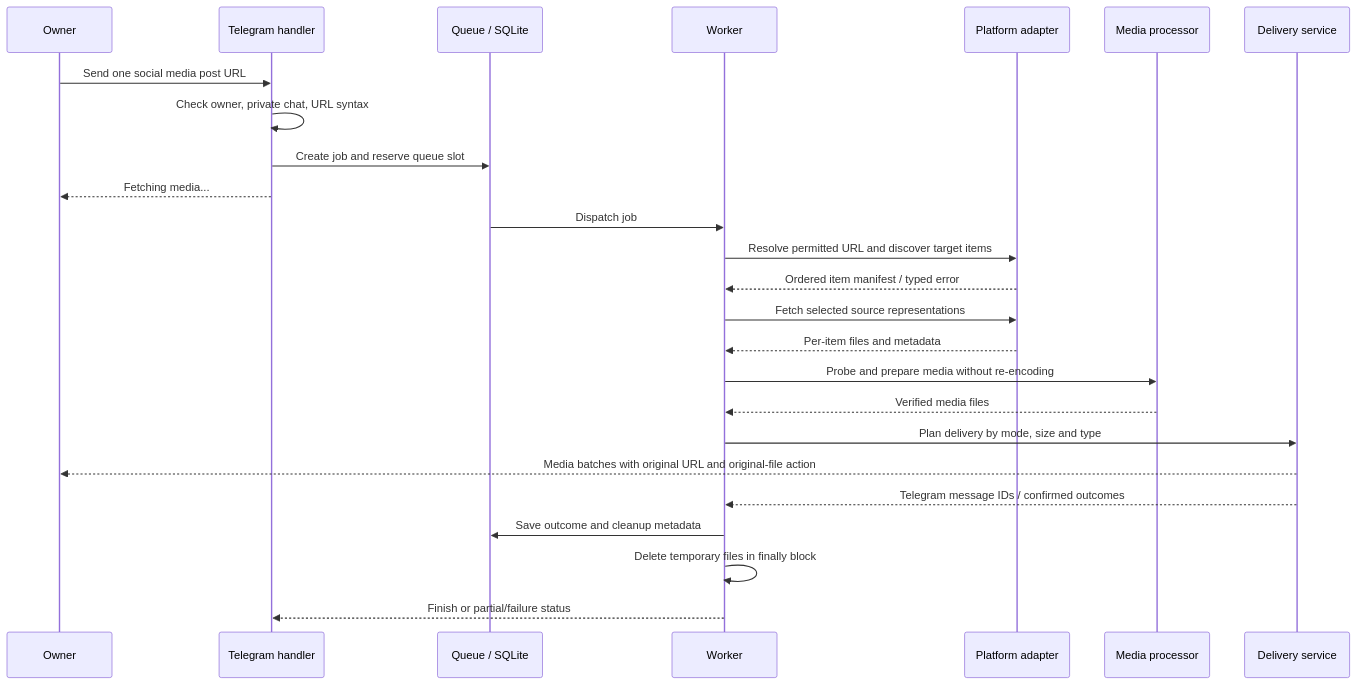
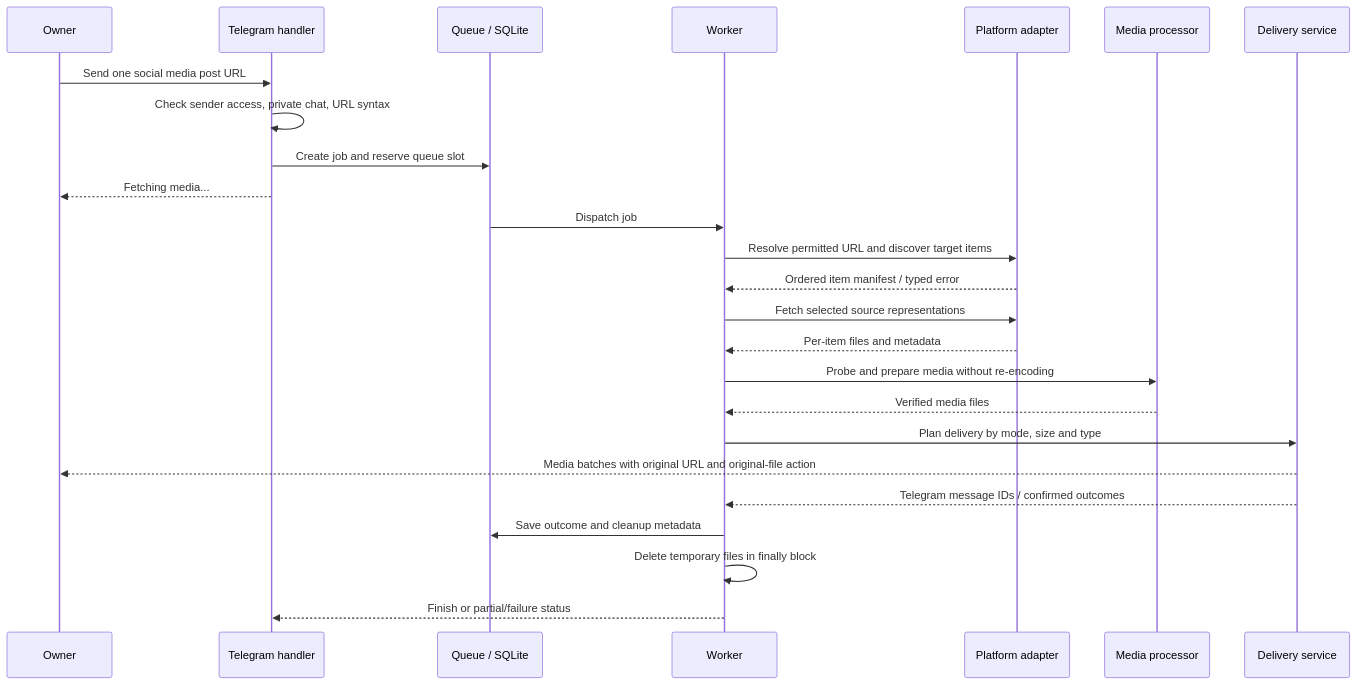
Before and after one commit to ayhanarashtasin/FetchingVideosTiktok_Insta_X: the second of 4 diagrams in architecture.md, drawn with Mermaid. The commit also changed other lines of this file and 73 other files, not shown here.

````diff
--- a/architecture.md
+++ b/architecture.md
@@ -69,27 +69,27 @@
 ```mermaid
 sequenceDiagram
     participant U as Owner
     participant B as Telegram handler
     participant Q as Queue / SQLite
     participant W as Worker
     participant E as Platform adapter
     participant P as Media processor
     participant D as Delivery service
     U->>B: Send one social media post URL
-    B->>B: Check owner, private chat, URL syntax
+    B->>B: Check sender access, private chat, URL syntax
     B->>Q: Create job and reserve queue slot
     B-->>U: Fetching media...
     Q->>W: Dispatch job
     W->>E: Resolve permitted URL and discover target items
     E-->>W: Ordered item manifest / typed error
     W->>E: Fetch selected source representations
     E-->>W: Per-item files and metadata
     W->>P: Probe and prepare media without re-encoding
     P-->>W: Verified media files
     W->>D: Plan delivery by mode, size and type
     D-->>U: Media batches with original URL and original-file action
     D-->>W: Telegram message IDs / confirmed outcomes
     W->>Q: Save outcome and cleanup metadata
     W->>W: Delete temporary files in finally block
     W-->>B: Finish or partial/failure status
 ```
````
